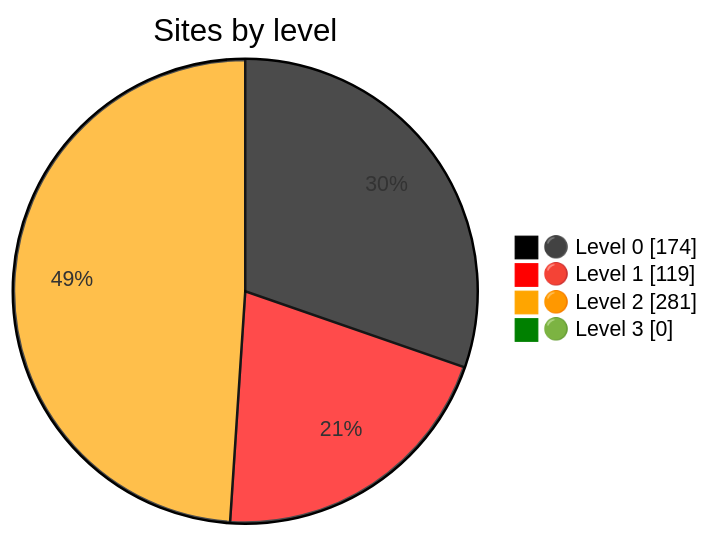
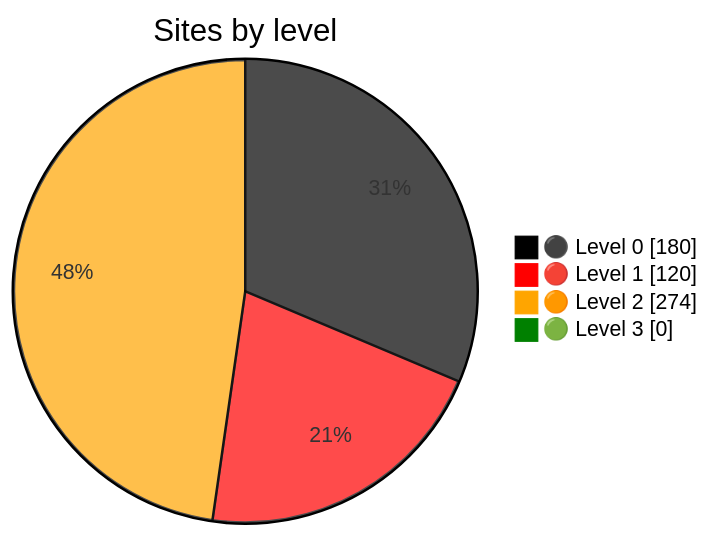
Before and after one commit to Dushmilan/gov_lk_web_auditor: the diagram in README.md, drawn with Mermaid. The commit also changed other lines of this file and 2588 other files, not shown here.

````diff
--- a/README.md
+++ b/README.md
@@ -24,9 +24,9 @@
 ```mermaid
 %%{init: {"themeVariables":{"pie1":"black","pie2":"red","pie3":"orange","pie4":"green"}}}%%
 pie showData
     title Sites by level
-    "⚫ Level 0" : 174
-    "🔴 Level 1" : 119
-    "🟠 Level 2" : 281
+    "⚫ Level 0" : 180
+    "🔴 Level 1" : 120
+    "🟠 Level 2" : 274
     "🟢 Level 3" : 0
 ```
````
